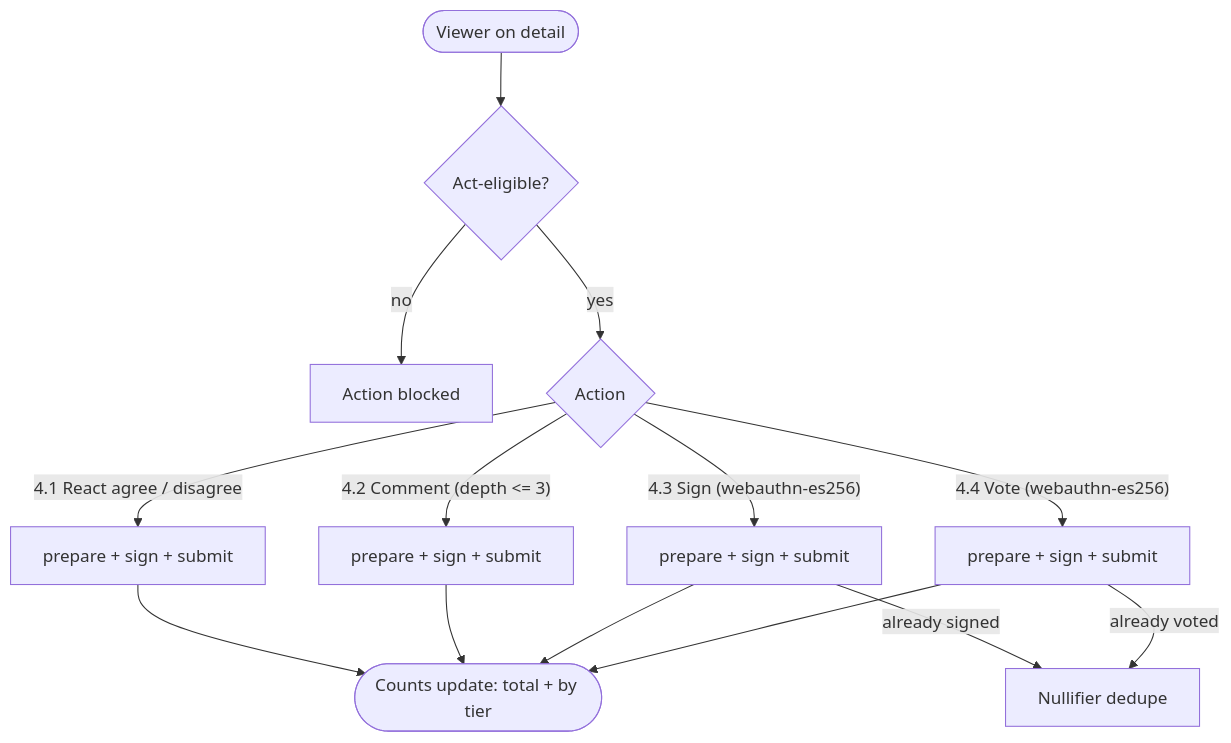
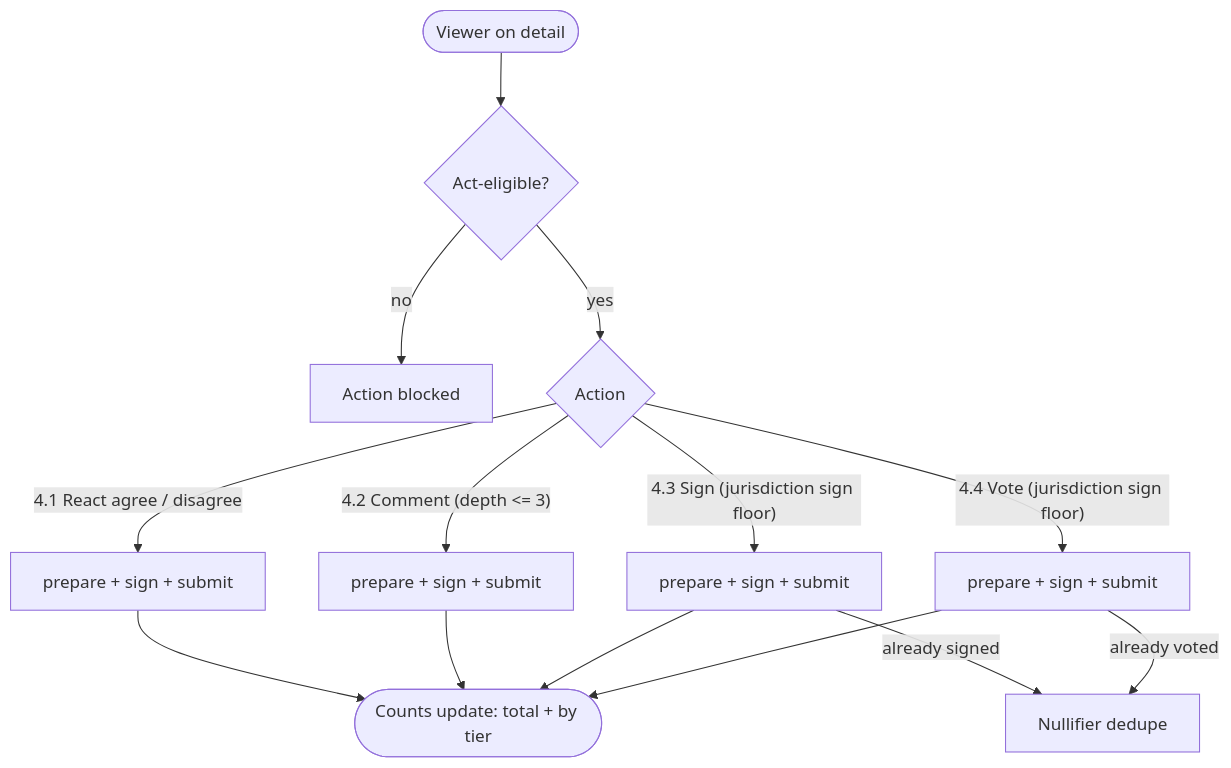
One commit to oursay/oursay changed the fifth of 9 diagrams in docs/11-USER-FLOWS.md. Above: the diagram before and after it, drawn with Mermaid. The commit also changed other lines of this file and 32 other files, not shown here.

````diff
--- a/docs/11-USER-FLOWS.md
+++ b/docs/11-USER-FLOWS.md
@@ -407,16 +414,16 @@
 ```mermaid
 flowchart TD
   V(["Viewer on detail"]) --> ELIG{"Act-eligible?"}
   ELIG -->|"no"| BL["Action blocked"]
   ELIG -->|"yes"| ACT{"Action"}
   ACT -->|"4.1 React agree / disagree"| RX["prepare + sign + submit"]
   ACT -->|"4.2 Comment (depth <= 3)"| CM["prepare + sign + submit"]
-  ACT -->|"4.3 Sign (webauthn-es256)"| SG["prepare + sign + submit"]
-  ACT -->|"4.4 Vote (webauthn-es256)"| VT["prepare + sign + submit"]
+  ACT -->|"4.3 Sign (jurisdiction sign floor)"| SG["prepare + sign + submit"]
+  ACT -->|"4.4 Vote (jurisdiction sign floor)"| VT["prepare + sign + submit"]
   SG -->|"already signed"| DUP["Nullifier dedupe"]
   VT -->|"already voted"| DUP
   RX --> CNT(["Counts update: total + by tier"])
   CM --> CNT
   SG --> CNT
   VT --> CNT
 ```
````
